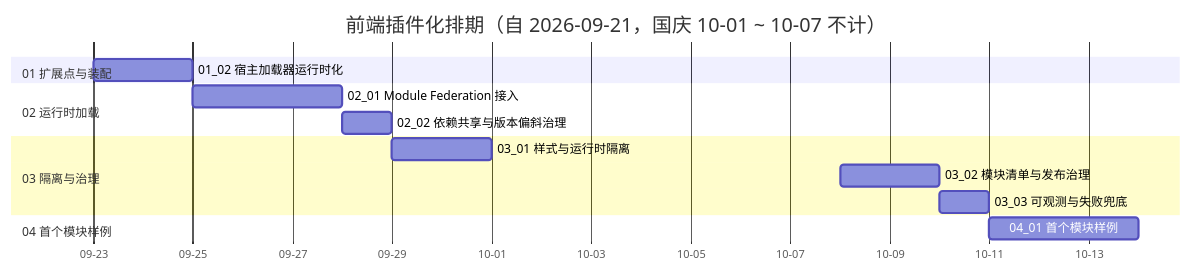
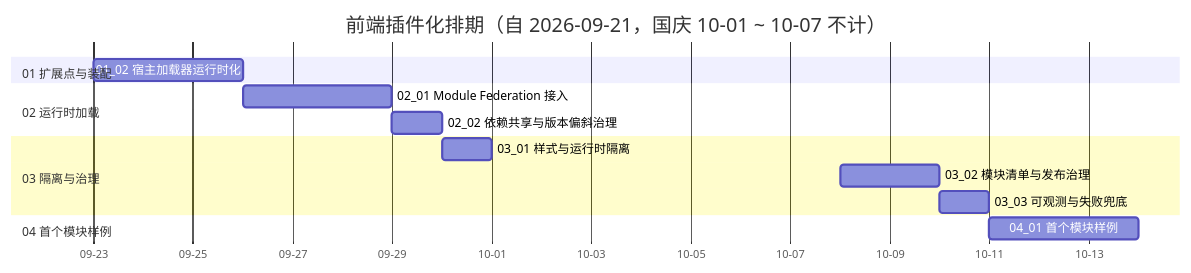
One commit to minjian123/basic-management-system changed the diagram in bms文档/项目/05_前端插件化/计划/01_计划_前端插件化.md. Above: the diagram before and after it, drawn with Mermaid. The commit also changed other lines of this file and 10 other files, not shown here.

````diff
--- a/bms文档/项目/05_前端插件化/计划/01_计划_前端插件化.md
+++ b/bms文档/项目/05_前端插件化/计划/01_计划_前端插件化.md
@@ -42,18 +42,18 @@
 ```mermaid
 gantt
     title 前端插件化排期（自 2026-09-21，国庆 10-01 ~ 10-07 不计）
     dateFormat YYYY-MM-DD
     axisFormat %m-%d
     tickInterval 2day
     section 01 扩展点与装配
-    01_02 宿主加载器运行时化 :a2, 2026-09-23, 2d
+    01_02 宿主加载器运行时化 :a2, 2026-09-23, 3d
     section 02 运行时加载
-    02_01 Module Federation 接入 :a3, after a2, 3d
-    02_02 依赖共享与版本偏斜治理 :a4, after a3, 1d
+    02_01 Module Federation 接入 :a3, 2026-09-26, 3d
+    02_02 依赖共享与版本偏斜治理 :a4, 2026-09-29, 1d
     section 03 隔离与治理
-    03_01 样式与运行时隔离 :a5, after a4, 2d
+    03_01 样式与运行时隔离 :a5, 2026-09-30, 1d
     03_02 模块清单与发布治理 :a6, 2026-10-08, 2d
     03_03 可观测与失败兜底 :a7, after a6, 1d
     section 04 首个模块样例
     04_01 首个模块样例 :a8, after a7, 3d
 ```
````
